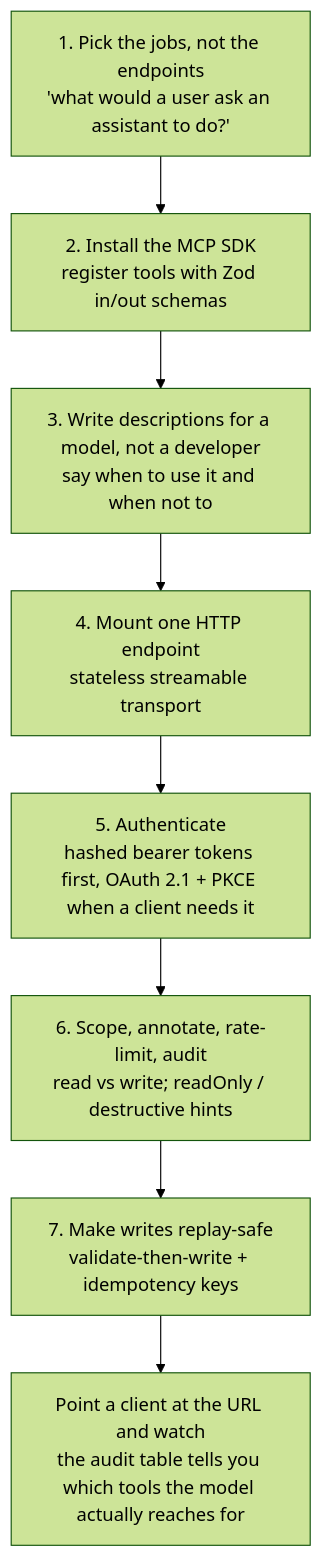
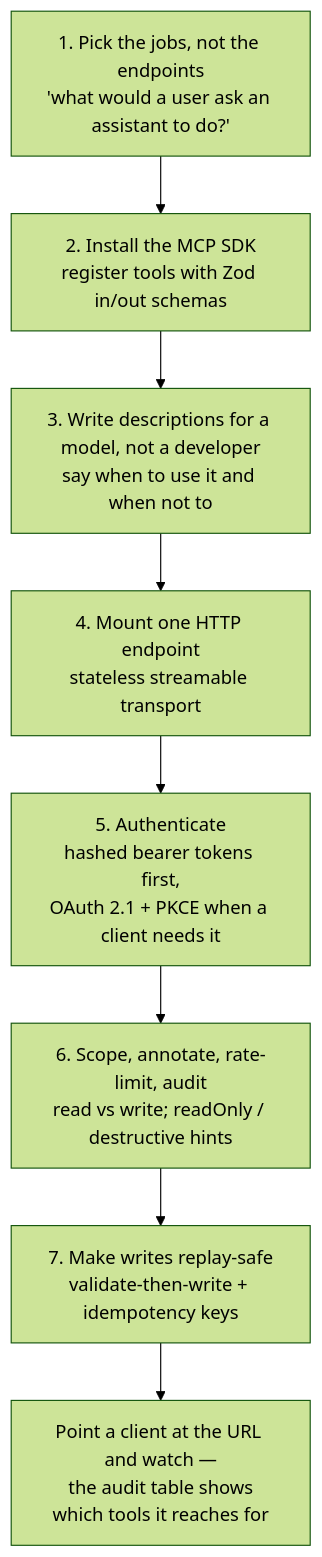
Diagram 11 of 12 in docs/mcp-presentation.md (sebastiangeiger01/ankitalk), drawn with Mermaid (forest theme) before and after one commit. The commit also changed other lines of this file, not shown here.

First line of the commit message:
Improve diagram legibility in the MCP walkthrough

````diff
--- a/docs/mcp-presentation.md
+++ b/docs/mcp-presentation.md
@@ -339,13 +339,13 @@
 ```mermaid
 flowchart TD
   S1["1. Pick the jobs, not the endpoints<br/>'what would a user ask an assistant to do?'"]
   S2["2. Install the MCP SDK<br/>register tools with Zod in/out schemas"]
   S3["3. Write descriptions for a model, not a developer<br/>say when to use it and when not to"]
   S4["4. Mount one HTTP endpoint<br/>stateless streamable transport"]
-  S5["5. Authenticate<br/>hashed bearer tokens first, OAuth 2.1 + PKCE when a client needs it"]
+  S5["5. Authenticate<br/>hashed bearer tokens first,<br/>OAuth 2.1 + PKCE when a client needs it"]
   S6["6. Scope, annotate, rate-limit, audit<br/>read vs write; readOnly / destructive hints"]
   S7["7. Make writes replay-safe<br/>validate-then-write + idempotency keys"]
 
   S1 --> S2 --> S3 --> S4 --> S5 --> S6 --> S7
-  S7 --> SHIP["Point a client at the URL and watch<br/>the audit table tells you which tools the model actually reaches for"]
+  S7 --> SHIP["Point a client at the URL and watch —<br/>the audit table shows<br/>which tools it reaches for"]
 ```
````
